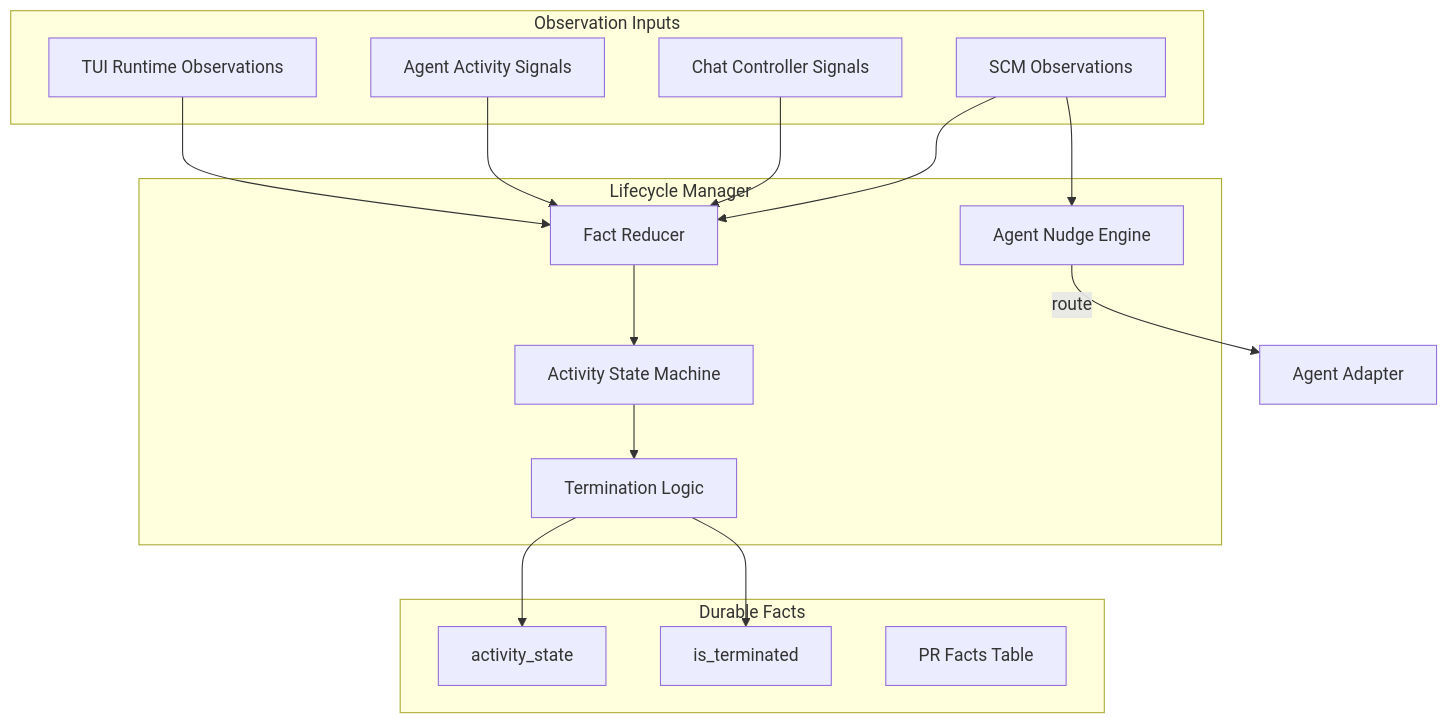
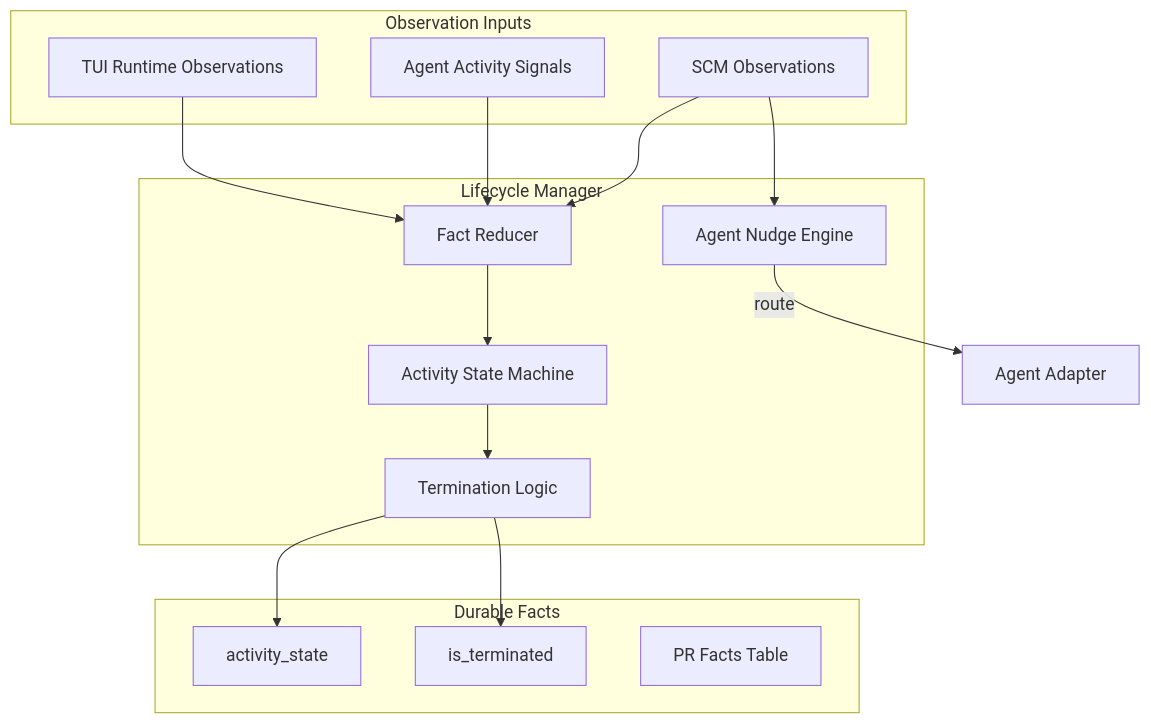
Before and after one commit to OmarAly92/Operator: diagram 14 of 23 in docs/architecture.md, drawn with Mermaid. The commit also changed other lines of this file and 38 other files, not shown here.

````diff
--- a/docs/architecture.md
+++ b/docs/architecture.md
@@ -555,36 +526,34 @@
 ```mermaid
 flowchart TD
     subgraph Inputs["Observation Inputs"]
         RuntimeObs[TUI Runtime Observations]
         ActivitySignals[Agent Activity Signals]
-        ChatSignals[Chat Controller Signals]
         SCMObs[SCM Observations]
     end
 
     subgraph LCM["Lifecycle Manager"]
         Reducer[Fact Reducer]
         StateMachine[Activity State Machine]
         Termination[Termination Logic]
         Nudge[Agent Nudge Engine]
     end
 
     subgraph Outputs["Durable Facts"]
         ActivityState[activity_state]
         IsTerminated[is_terminated]
         PRFacts[PR Facts Table]
     end
 
     RuntimeObs --> Reducer
     ActivitySignals --> Reducer
-    ChatSignals --> Reducer
     SCMObs --> Reducer
 
     Reducer --> StateMachine
     StateMachine --> Termination
     Termination --> ActivityState
     Termination --> IsTerminated
 
     SCMObs --> Nudge
     Nudge -->|route| Agent[Agent Adapter]
 
 ```
````
